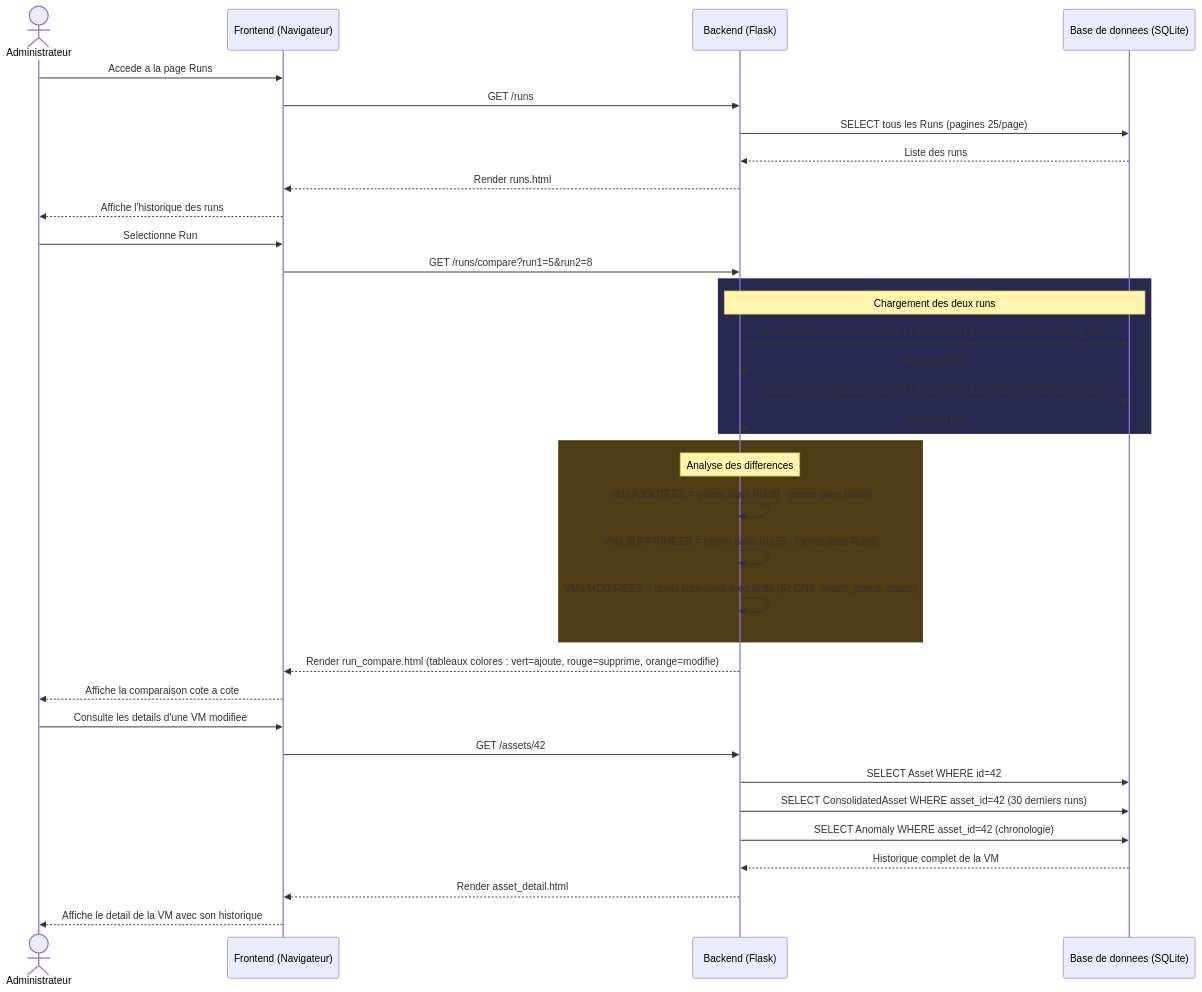
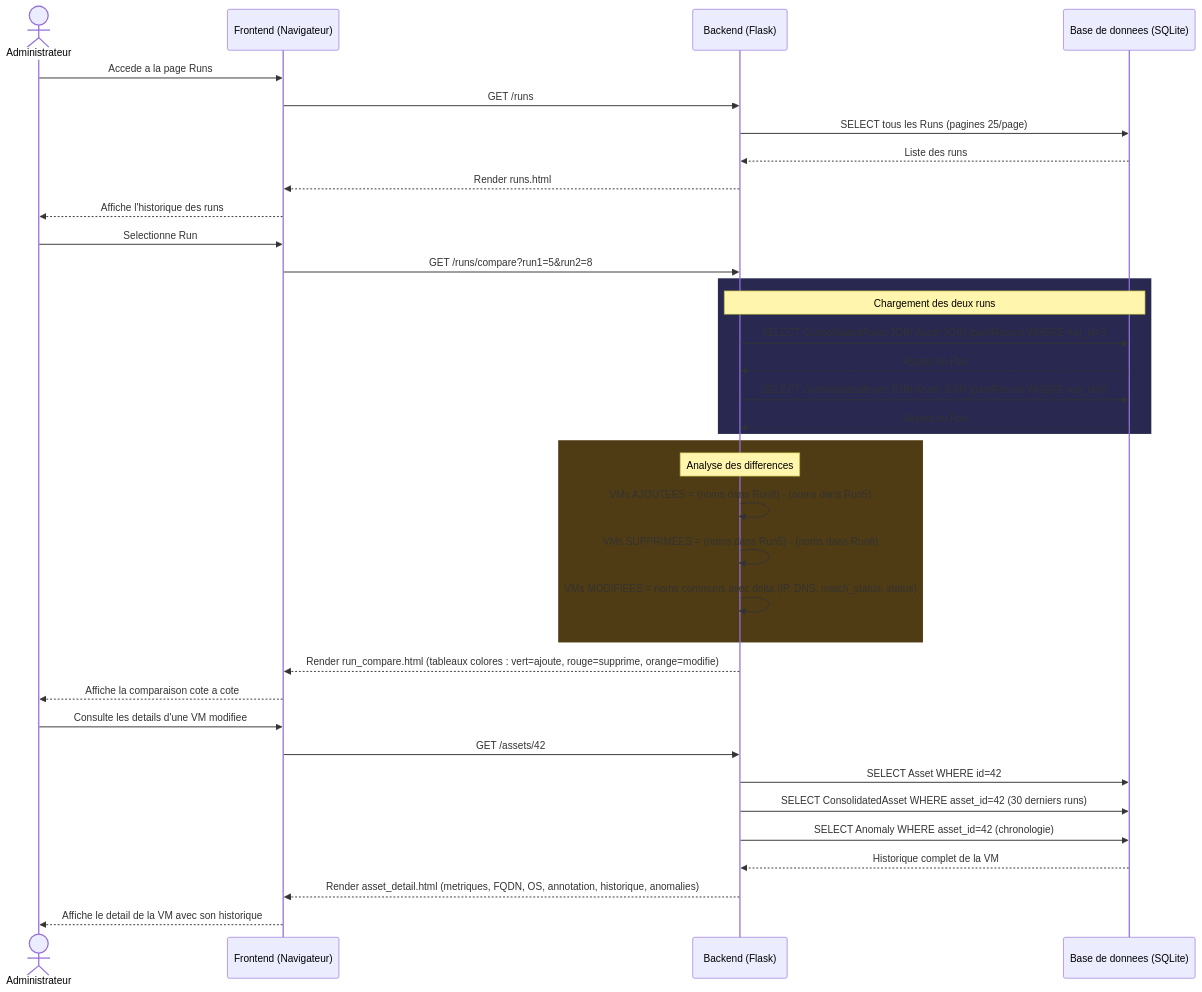
The sixth of 9 diagrams in Diagrammes_CloudInventory.md (Fr0gzilla/CloudInventory.v2), drawn with Mermaid before and after one commit. The commit also changed other lines of this file and 21 other files, not shown here.

````diff
--- a/Diagrammes_CloudInventory.md
+++ b/Diagrammes_CloudInventory.md
@@ -479,44 +511,44 @@
 ```mermaid
 sequenceDiagram
     actor Admin as Administrateur
     participant F as Frontend (Navigateur)
     participant B as Backend (Flask)
     participant DB as Base de donnees (SQLite)
 
     Admin->>F: Accede a la page Runs
     F->>B: GET /runs
     B->>DB: SELECT tous les Runs (pagines 25/page)
     DB-->>B: Liste des runs
     B-->>F: Render runs.html
     F-->>Admin: Affiche l'historique des runs
 
     Admin->>F: Selectionne Run #5 et Run #8 pour comparaison
     F->>B: GET /runs/compare?run1=5&run2=8
 
     rect rgb(40, 40, 80)
         Note over B, DB: Chargement des deux runs
         B->>DB: SELECT ConsolidatedAsset JOIN Asset JOIN IpamRecord WHERE run_id=5
         DB-->>B: Assets du Run #5 (dict par vm_name)
         B->>DB: SELECT ConsolidatedAsset JOIN Asset JOIN IpamRecord WHERE run_id=8
         DB-->>B: Assets du Run #8 (dict par vm_name)
     end
 
     rect rgb(80, 60, 20)
         Note over B, B: Analyse des differences
         B->>B: VMs AJOUTEES = (noms dans Run8) - (noms dans Run5)
         B->>B: VMs SUPPRIMEES = (noms dans Run5) - (noms dans Run8)
         B->>B: VMs MODIFIEES = noms communs avec delta (IP, DNS, match_status, status)
     end
 
     B-->>F: Render run_compare.html (tableaux colores : vert=ajoute, rouge=supprime, orange=modifie)
     F-->>Admin: Affiche la comparaison cote a cote
 
     Admin->>F: Consulte les details d'une VM modifiee
     F->>B: GET /assets/42
     B->>DB: SELECT Asset WHERE id=42
     B->>DB: SELECT ConsolidatedAsset WHERE asset_id=42 (30 derniers runs)
     B->>DB: SELECT Anomaly WHERE asset_id=42 (chronologie)
     DB-->>B: Historique complet de la VM
-    B-->>F: Render asset_detail.html
+    B-->>F: Render asset_detail.html (metriques, FQDN, OS, annotation, historique, anomalies)
     F-->>Admin: Affiche le detail de la VM avec son historique
 ```
````
